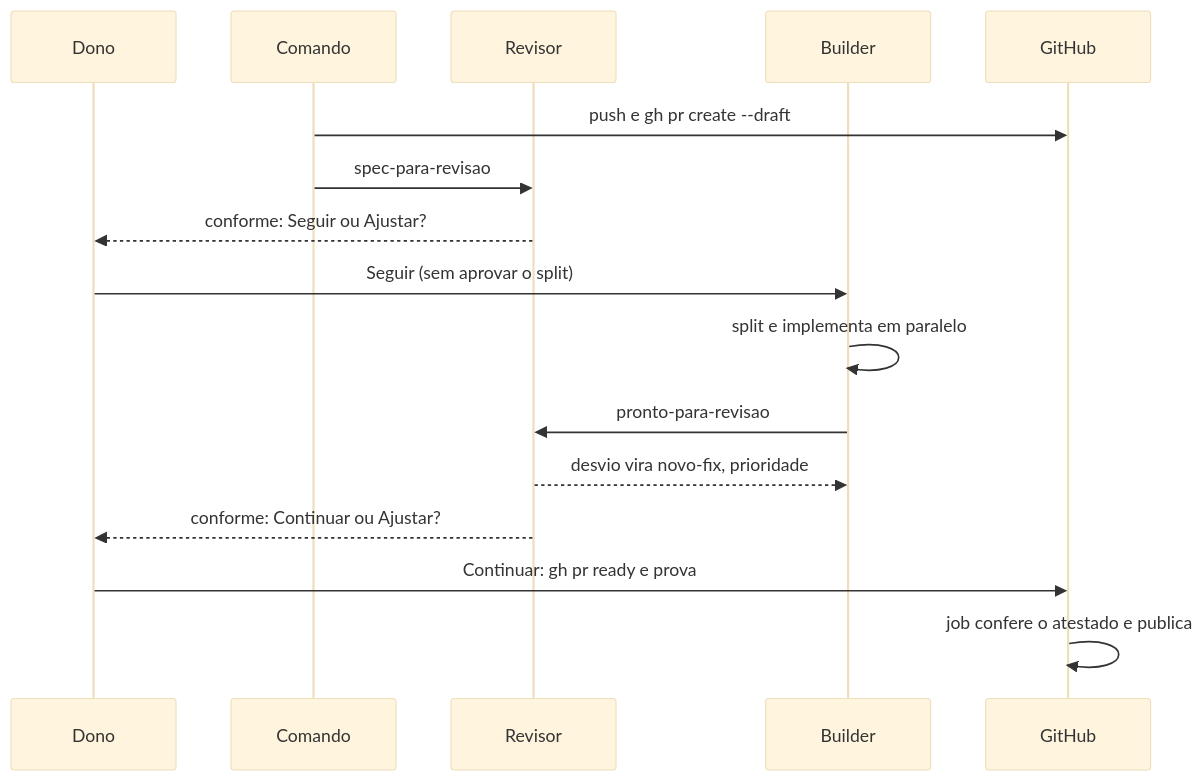
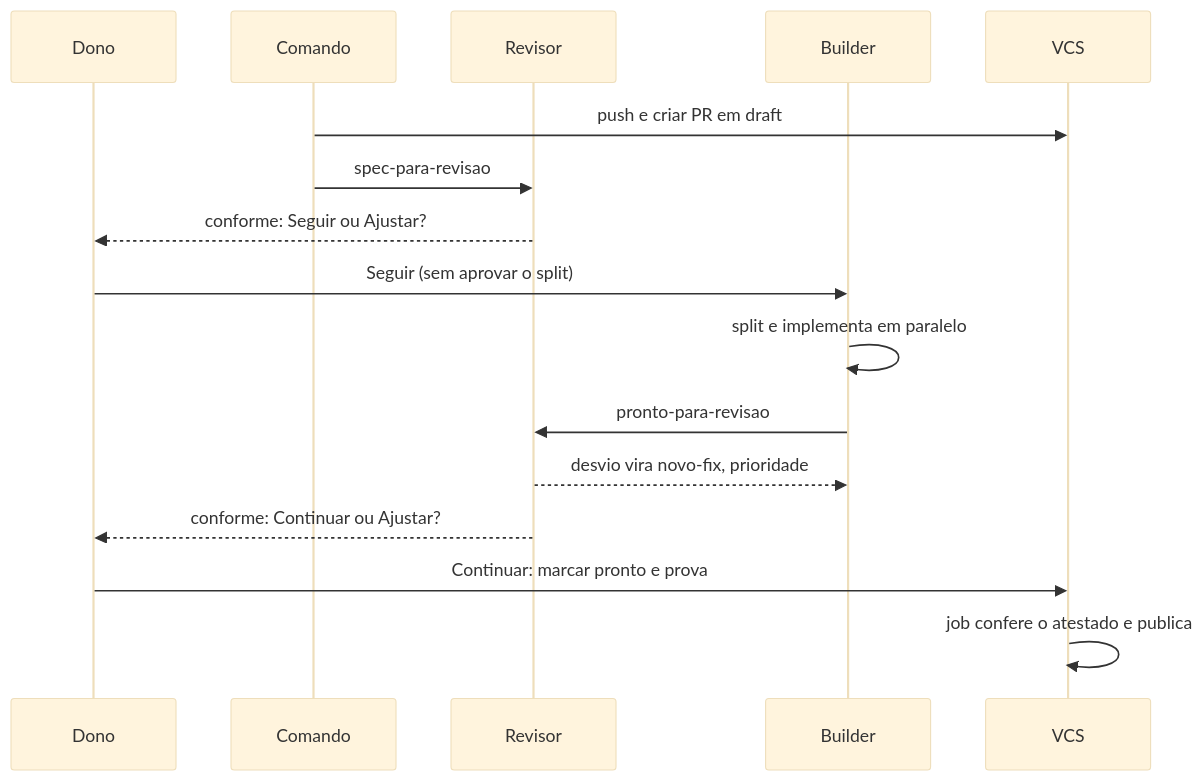
Before and after one commit to nathanramorim/forge-sdd: the third of 3 diagrams in sdd/discovery/106-pr-draft-revisao-e-ci/criteria.md, drawn with Mermaid (base theme). The commit also changed other lines of this file and 9 other files, not shown here.

````diff
--- a/sdd/discovery/106-pr-draft-revisao-e-ci/criteria.md
+++ b/sdd/discovery/106-pr-draft-revisao-e-ci/criteria.md
@@ -97,18 +99,18 @@
 ```mermaid
 sequenceDiagram
   participant D as Dono
   participant C as Comando
   participant R as Revisor
   participant B as Builder
-  participant G as GitHub
-  C->>G: push e gh pr create --draft
+  participant G as VCS
+  C->>G: push e criar PR em draft
   C->>R: spec-para-revisao
   R-->>D: conforme: Seguir ou Ajustar?
   D->>B: Seguir (sem aprovar o split)
   B->>B: split e implementa em paralelo
   B->>R: pronto-para-revisao
   R-->>B: desvio vira novo-fix, prioridade
   R-->>D: conforme: Continuar ou Ajustar?
-  D->>G: Continuar: gh pr ready e prova
+  D->>G: Continuar: marcar pronto e prova
   G->>G: job confere o atestado e publica
 ```
````
